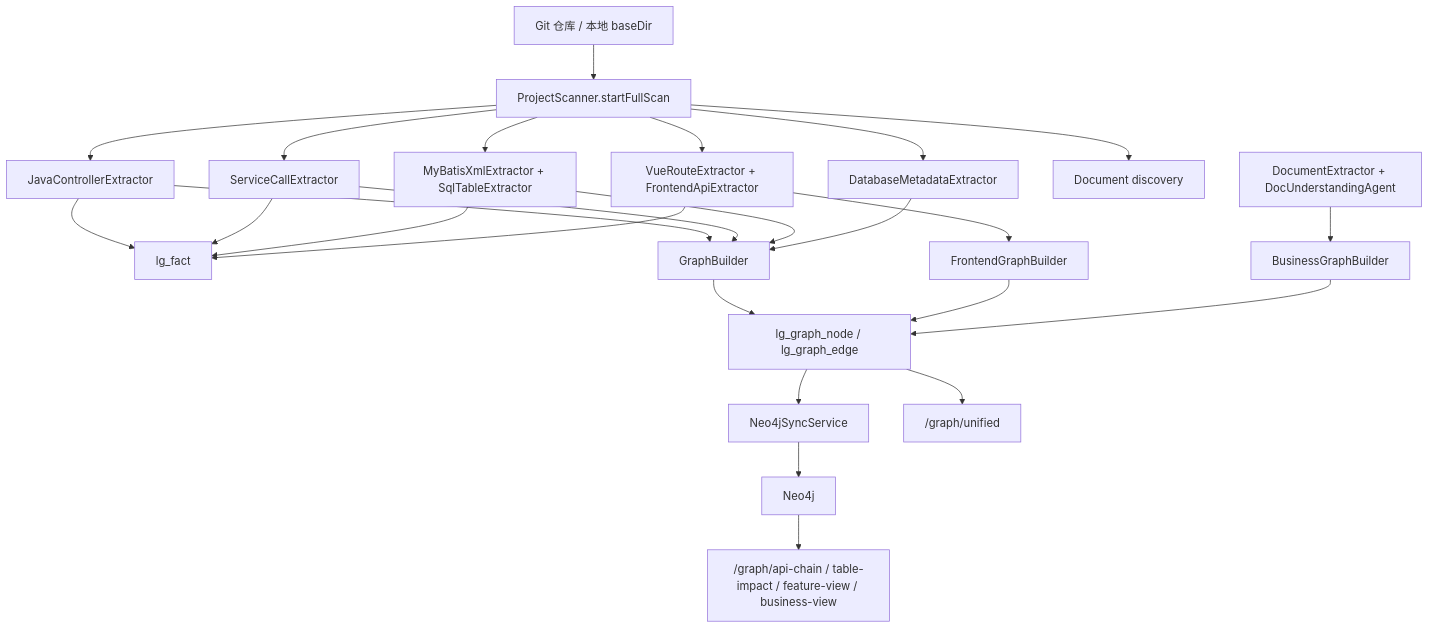
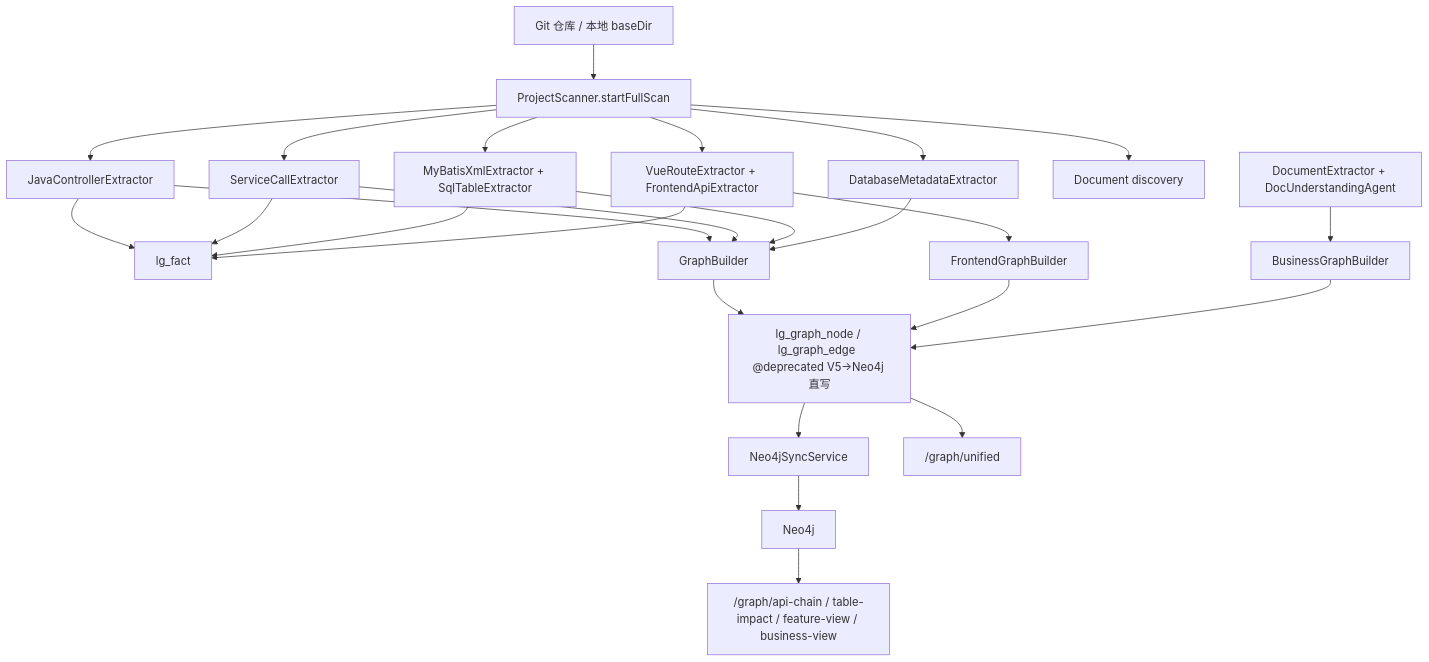
Before and after one commit to loveliunian/LegacyGraph: the diagram in doc/三类图谱获取实现说明.md, drawn with Mermaid. The commit also changed other lines of this file and 79 other files, not shown here.

````diff
--- a/doc/三类图谱获取实现说明.md
+++ b/doc/三类图谱获取实现说明.md
@@ -510,33 +514,33 @@
 ```mermaid
 flowchart TD
     A["Git 仓库 / 本地 baseDir"] --> B["ProjectScanner.startFullScan"]
     B --> C1["JavaControllerExtractor"]
     B --> C2["ServiceCallExtractor"]
     B --> C3["MyBatisXmlExtractor + SqlTableExtractor"]
     B --> C4["VueRouteExtractor + FrontendApiExtractor"]
     B --> C5["DatabaseMetadataExtractor"]
     B --> C6["Document discovery"]
 
     C1 --> D["lg_fact"]
     C2 --> D
     C3 --> D
     C4 --> D
 
     C1 --> E["GraphBuilder"]
     C2 --> E
     C3 --> E
     C5 --> E
     C4 --> F["FrontendGraphBuilder"]
 
     G["DocumentExtractor + DocUnderstandingAgent"] --> H["BusinessGraphBuilder"]
 
-    E --> I["lg_graph_node / lg_graph_edge"]
+    E --> I["lg_graph_node / lg_graph_edge  @deprecated V5→Neo4j 直写"]
     F --> I
     H --> I
 
     I --> J["Neo4jSyncService"]
     J --> K["Neo4j"]
 
     I --> L["/graph/unified"]
     K --> M["/graph/api-chain / table-impact / feature-view / business-view"]
 ```
````
